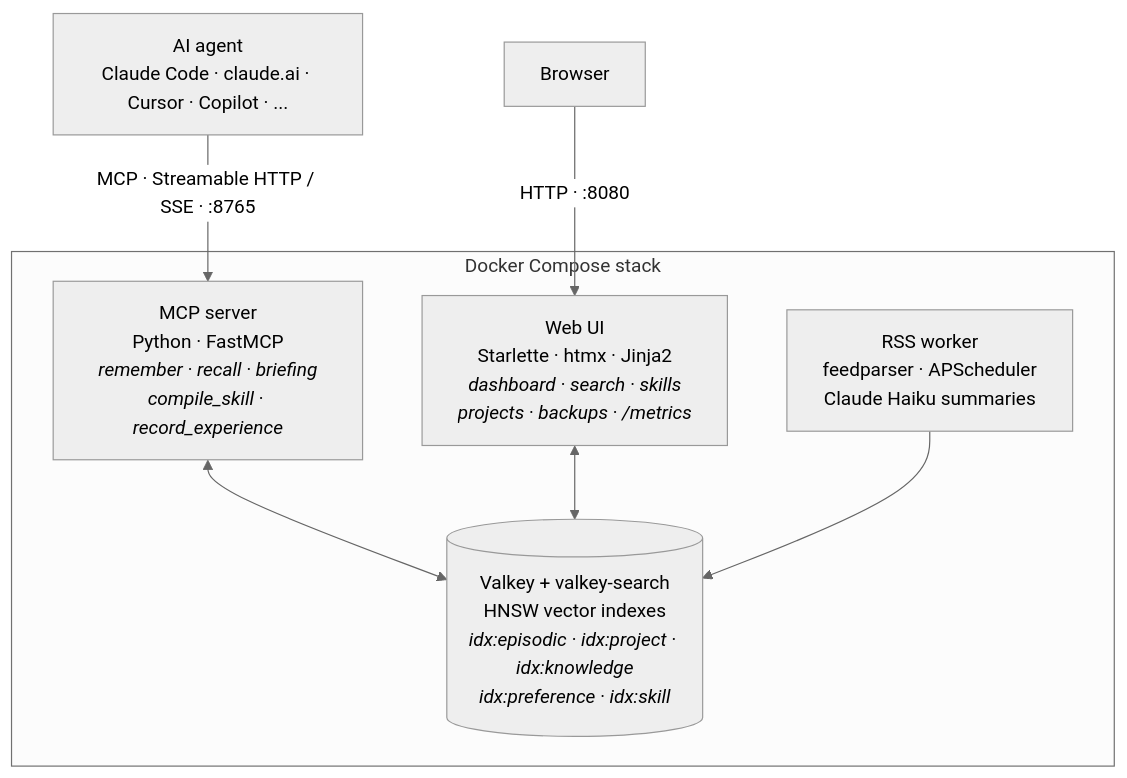
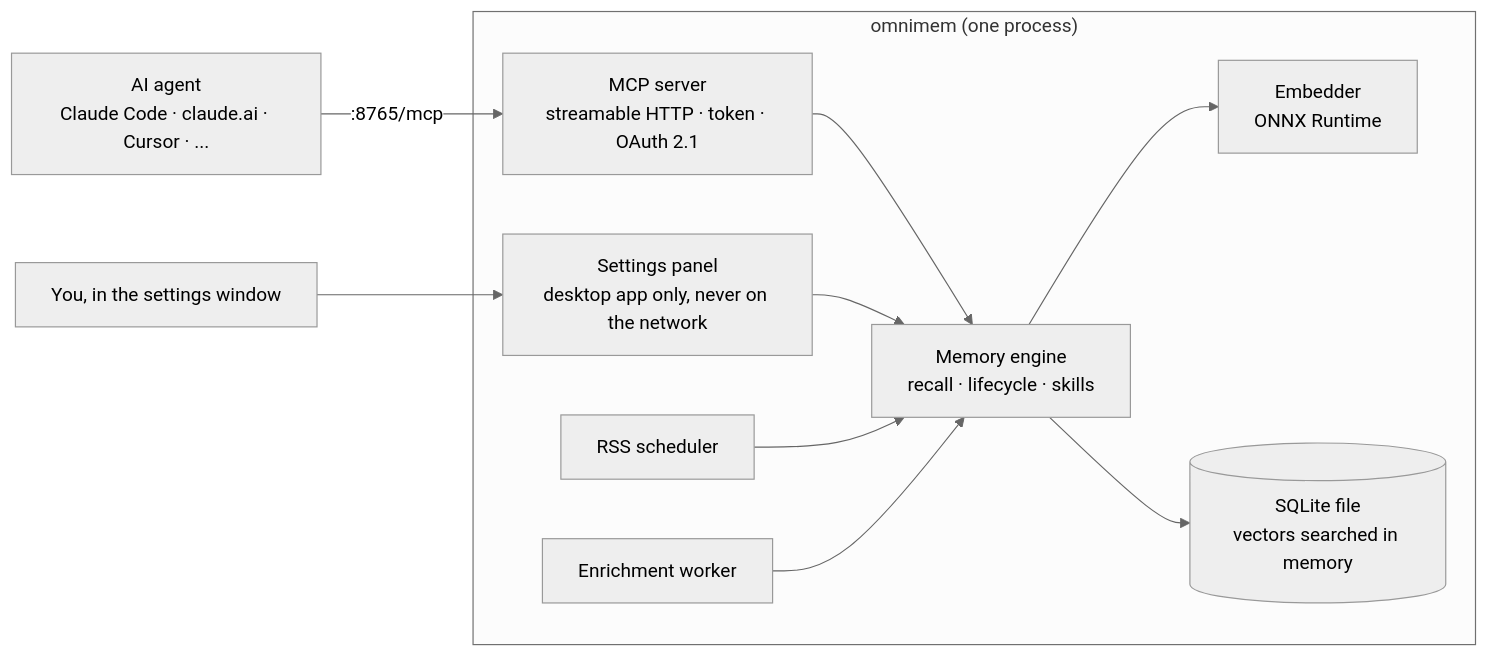
The diagram in data/readmes/richarvey__OmniMem.md (zqf20096327/ai_collect), drawn with Mermaid (neutral theme) before and after one commit. The commit also changed other lines of this file and 2708 other files, not shown here.

````diff
--- a/data/readmes/richarvey__OmniMem.md
+++ b/data/readmes/richarvey__OmniMem.md
@@ -93,19 +117,24 @@
 ```mermaid
-flowchart TB
-    agent["AI agent<br/>Claude Code · claude.ai · Cursor · Copilot · ..."]
-    browser["Browser"]
+flowchart LR
+    agent["AI agent<br/>Claude Code · claude.ai · Cursor · ..."]
+    user["You, in the settings window"]
 
-    agent -- "MCP · Streamable HTTP / SSE · :8765" --> mcp
-    browser -- "HTTP · :8080" --> webui
+    subgraph omnimem["omnimem (one process)"]
+        mcp["MCP server<br/>streamable HTTP · token · OAuth 2.1"]
+        panel["Settings panel<br/>desktop app only, never on the network"]
+        rss["RSS scheduler"]
+        enrich["Enrichment worker"]
+        engine["Memory engine<br/>recall · lifecycle · skills"]
+        embed["Embedder<br/>ONNX Runtime"]
+        store[("SQLite file<br/>vectors searched in memory")]
+    end
 
-    subgraph stack["Docker Compose stack"]
-        mcp["MCP server<br/>Python · FastMCP<br/><i>remember · recall · briefing<br/>compile_skill · record_experience</i>"]
-        webui["Web UI<br/>Starlette · htmx · Jinja2<br/><i>dashboard · search · skills<br/>projects · backups · /metrics</i>"]
-        rss["RSS worker<br/>feedparser · APScheduler<br/>Claude Haiku summaries"]
-        valkey[("Valkey + valkey-search<br/>HNSW vector indexes<br/><i>idx:episodic · idx:project · idx:knowledge<br/>idx:preference · idx:skill</i>")]
-
-        mcp <--> valkey
-        webui <--> valkey
-        rss --> valkey
-    end
+    agent -- ":8765/mcp" --> mcp
+    user --> panel
+    mcp --> engine
+    panel --> engine
+    rss --> engine
+    enrich --> engine
+    engine --> embed
+    engine --> store
 ```
````
